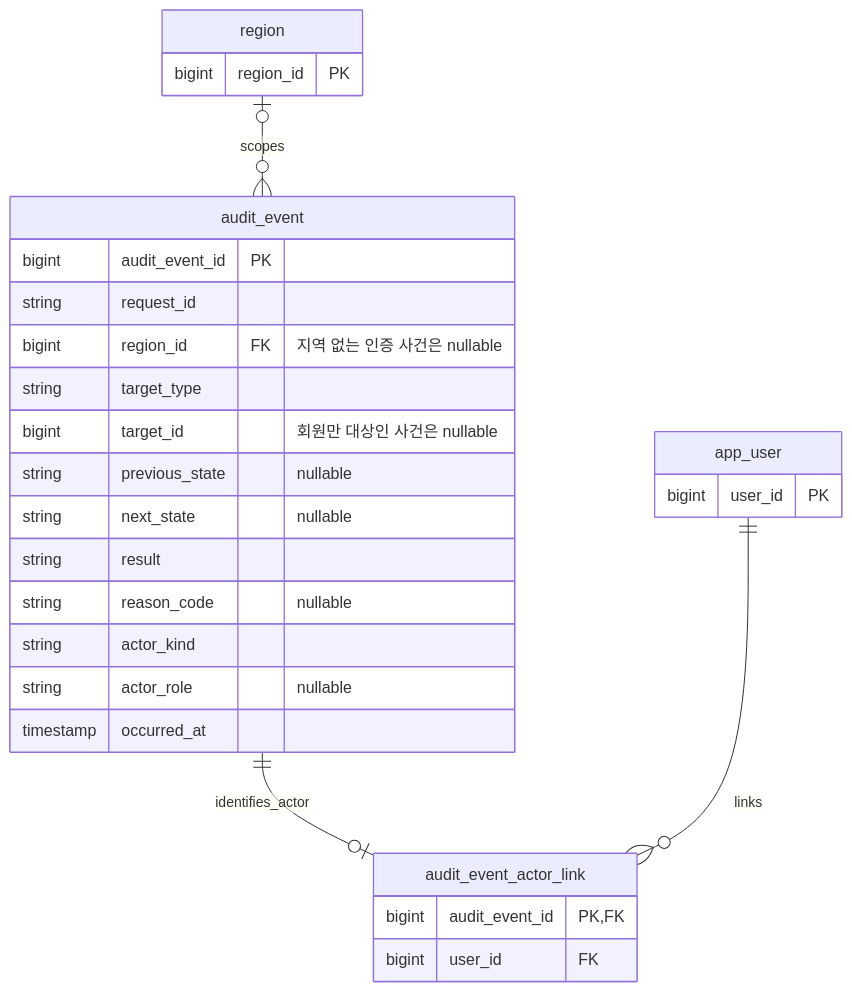
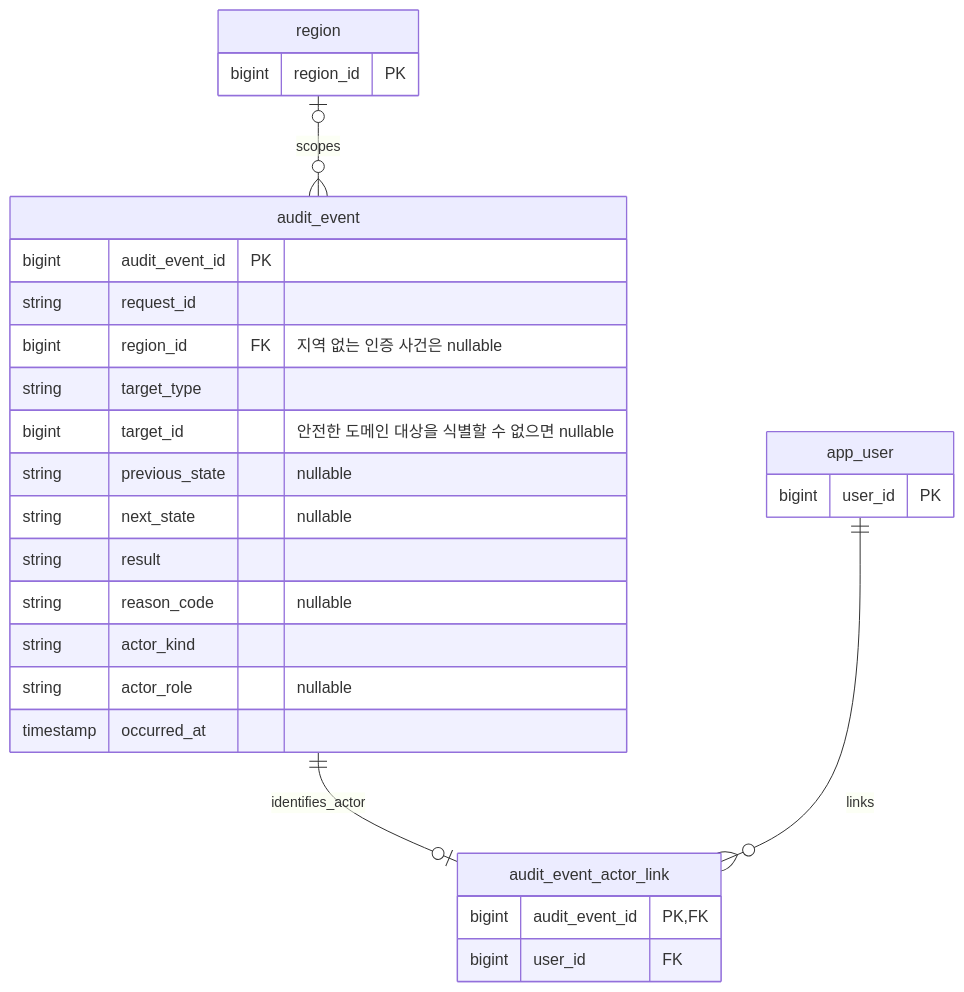
One commit to Gimhae-Yay/Regional-Event-Platform-Backend changed the fifth of 5 diagrams in docs/erd.md. Above: the diagram before and after it, drawn with Mermaid. The commit also changed other lines of this file and 10 other files, not shown here.

````diff
--- a/docs/erd.md
+++ b/docs/erd.md
@@ -650,34 +650,34 @@
 ```mermaid
 erDiagram
     region {
         bigint region_id PK
     }
 
     app_user {
         bigint user_id PK
     }
 
     audit_event {
         bigint audit_event_id PK
         string request_id
         bigint region_id FK "지역 없는 인증 사건은 nullable"
         string target_type
-        bigint target_id "회원만 대상인 사건은 nullable"
+        bigint target_id "안전한 도메인 대상을 식별할 수 없으면 nullable"
         string previous_state "nullable"
         string next_state "nullable"
         string result
         string reason_code "nullable"
         string actor_kind
         string actor_role "nullable"
         timestamp occurred_at
     }
 
     audit_event_actor_link {
         bigint audit_event_id PK, FK
         bigint user_id FK
     }
 
     region o|--o{ audit_event : scopes
     audit_event ||--o| audit_event_actor_link : identifies_actor
     app_user ||--o{ audit_event_actor_link : links
 ```
````
